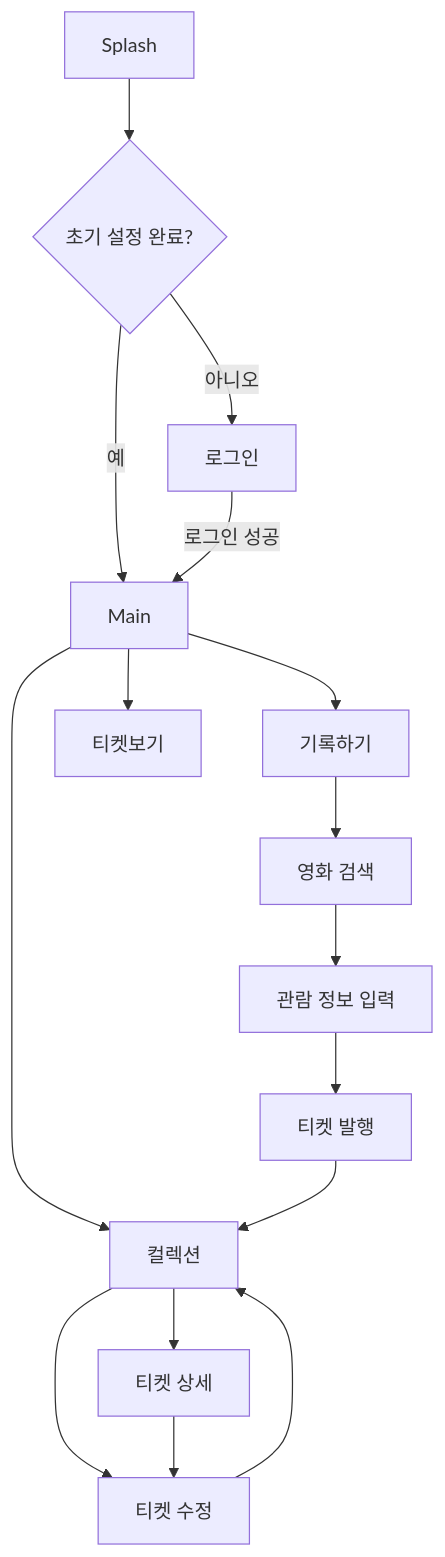
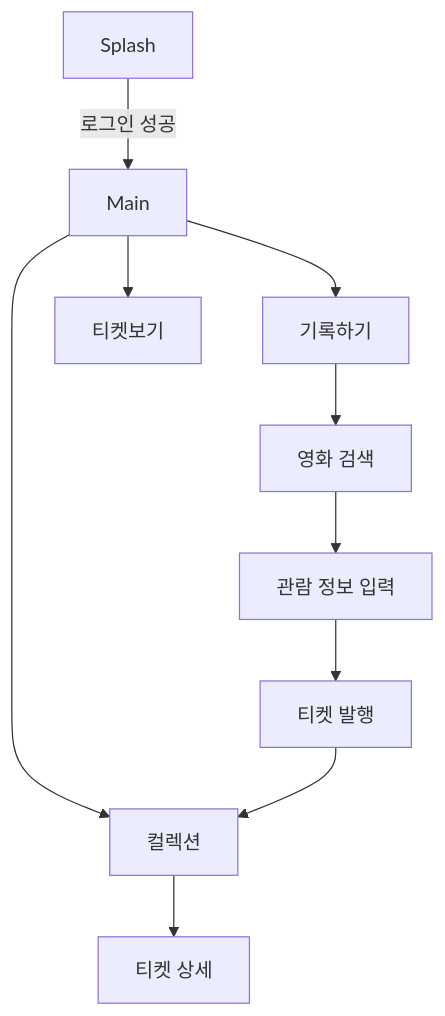
The first of 2 diagrams in README.md (minmul07/filmo), drawn with Mermaid before and after one commit. The commit also changed other lines of this file, not shown here.

````diff
--- a/README.md
+++ b/README.md
@@ -36,21 +35,15 @@
 ```mermaid
 flowchart TD
-    A["Splash"] --> B{"초기 설정 완료?"}
-    B -->|아니오| C["로그인"]
-    B -->|예| D["Main"]
-    C -->|로그인 성공| D
+    A["Splash"] -->|로그인 성공| D["Main"]
 
     D --> E["컬렉션"]
     D --> F["기록하기"]
     D --> G["티켓보기"]
 
     F --> H["영화 검색"]
     H --> I["관람 정보 입력"]
     I --> J["티켓 발행"]
     J --> E
 
     E --> K["티켓 상세"]
-    E --> L["티켓 수정"]
-    K --> L
-    L --> E
 ```
````
